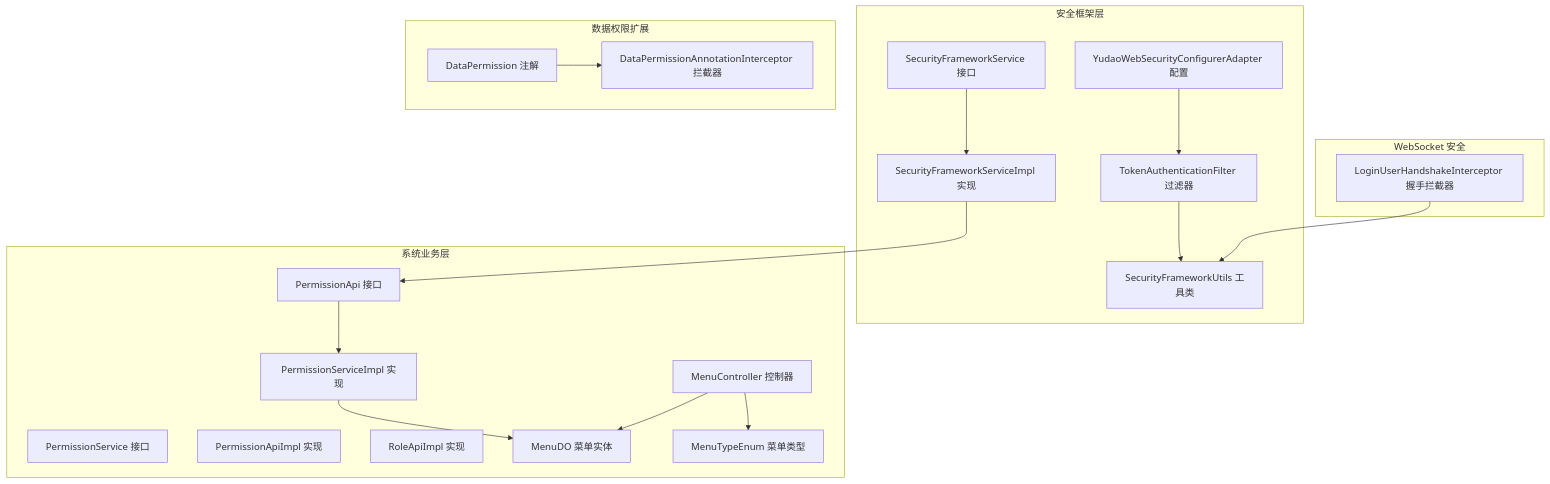
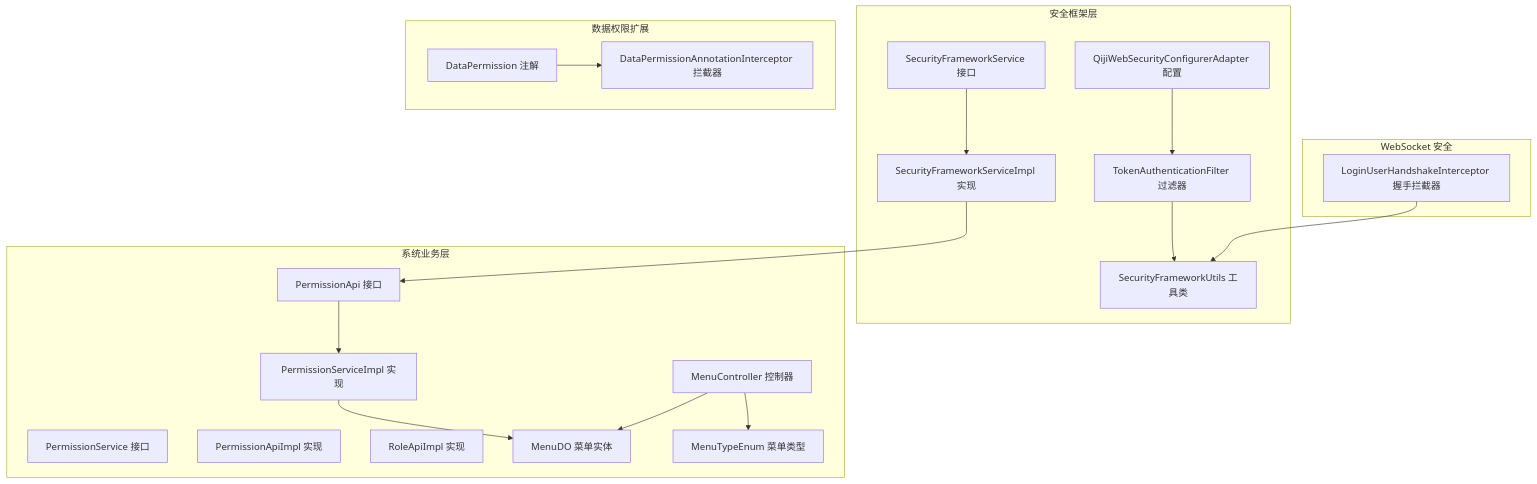
Before and after one commit to zhuangpengLI/AgenticCPS: the first of 6 diagrams in backend/.qoder/repowiki/zh/content/安全与权限/权限控制/权限控制.md, drawn with Mermaid. The commit also changed other lines of this file and 3489 other files, not shown here.

````diff
--- a/backend/.qoder/repowiki/zh/content/安全与权限/权限控制/权限控制.md
+++ b/backend/.qoder/repowiki/zh/content/安全与权限/权限控制/权限控制.md
@@ -57,37 +57,37 @@
 ```mermaid
 graph TB
 subgraph "安全框架层"
 SFWI["SecurityFrameworkService 接口"]
 SFWImpl["SecurityFrameworkServiceImpl 实现"]
 SFU["SecurityFrameworkUtils 工具类"]
 TAF["TokenAuthenticationFilter 过滤器"]
-YWS["YudaoWebSecurityConfigurerAdapter 配置"]
+YWS["QijiWebSecurityConfigurerAdapter 配置"]
 end
 subgraph "系统业务层"
 PSvc["PermissionService 接口"]
 PImpl["PermissionServiceImpl 实现"]
 PApi["PermissionApi 接口"]
 PApiImpl["PermissionApiImpl 实现"]
 RApiImpl["RoleApiImpl 实现"]
 MenuDO["MenuDO 菜单实体"]
 MenuEnum["MenuTypeEnum 菜单类型"]
 MenuCtrl["MenuController 控制器"]
 end
 subgraph "数据权限扩展"
 DPAnn["DataPermission 注解"]
 DPAOP["DataPermissionAnnotationInterceptor 拦截器"]
 end
 subgraph "WebSocket 安全"
 WSHI["LoginUserHandshakeInterceptor 握手拦截器"]
 end
 YWS --> TAF
 TAF --> SFU
 SFWI --> SFWImpl
 SFWImpl --> PApi
 PApi --> PImpl
 PImpl --> MenuDO
 MenuCtrl --> MenuDO
 MenuCtrl --> MenuEnum
 DPAnn --> DPAOP
 WSHI --> SFU
 ```
````
